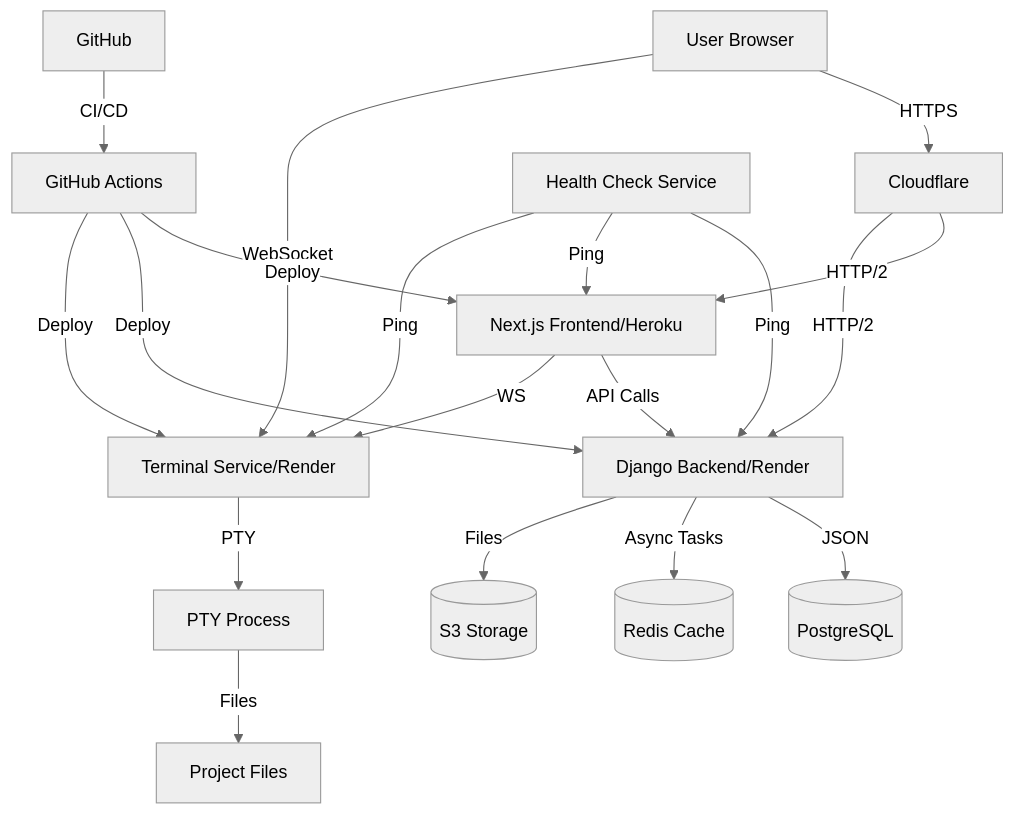
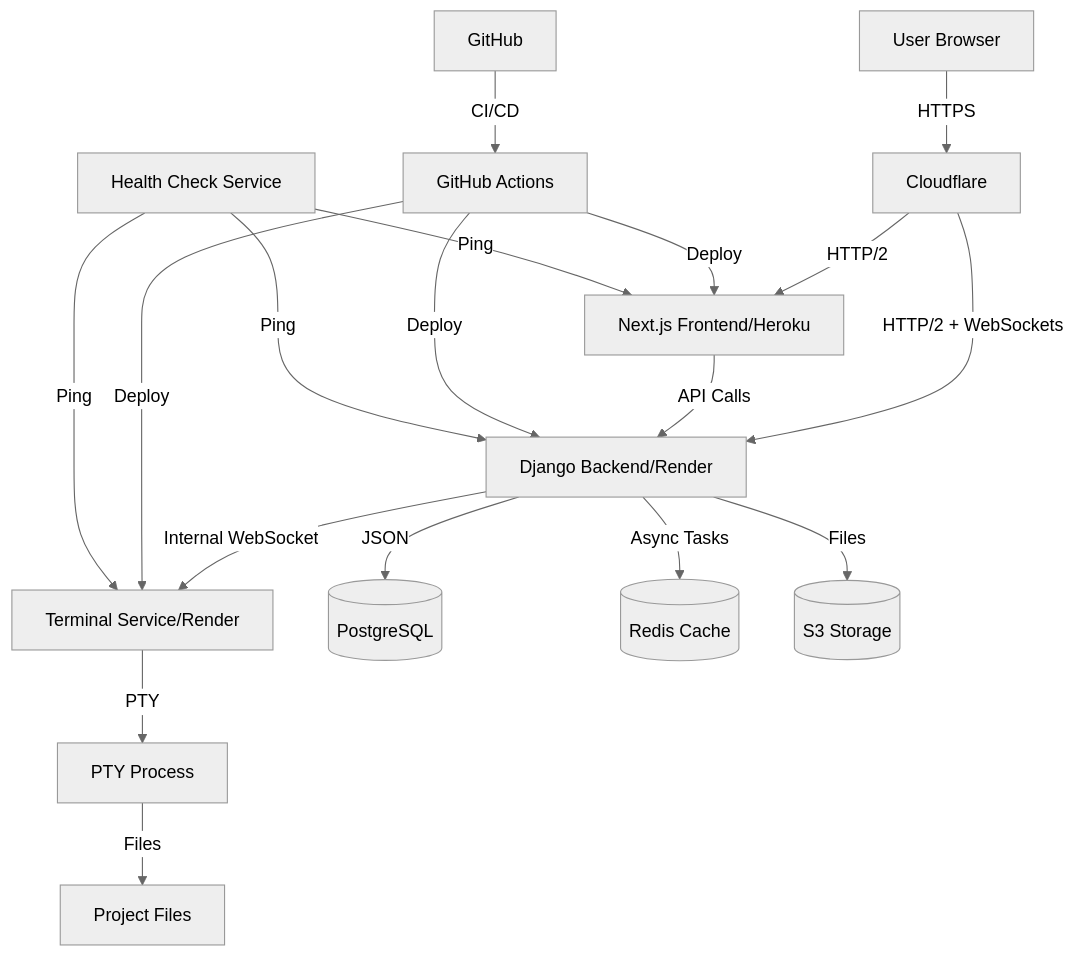
Before and after one commit to aouichou/My-Portfolio: the diagram in README.md, drawn with Mermaid (neutral theme). The commit also changed other lines of this file and 1 other file, not shown here.

Commit message:
Update README.md with proxied terminal connection details and enhance LoadingOverlay for improved service checks

````diff
--- a/README.md
+++ b/README.md
@@ -30,21 +41,20 @@
 ```mermaid
 graph TD
     User[User Browser] -->|HTTPS| CF[Cloudflare]
     CF -->|HTTP/2| Next[Next.js Frontend/Heroku]
-    CF -->|HTTP/2| Django[Django Backend/Render]
-    User -->|WebSocket| WS[Terminal Service/Render]
+    CF -->|HTTP/2 + WebSockets| Django[Django Backend/Render]
+    Django -->|Internal WebSocket| WS[Terminal Service/Render]
     Django -->|JSON| DB[(PostgreSQL)]
     Django -->|Async Tasks| Redis[(Redis Cache)]
     Django -->|Files| S3[(S3 Storage)]
     Next -->|API Calls| Django
-    Next -->|WS| WS
     WS -->|PTY| Terminal[PTY Process]
     Terminal -->|Files| Project[Project Files]
     Github[GitHub] -->|CI/CD| Actions[GitHub Actions]
     Actions -->|Deploy| Next
     Actions -->|Deploy| Django
     Actions -->|Deploy| WS
     HealthCheck[Health Check Service] -->|Ping| Django
     HealthCheck -->|Ping| Next
     HealthCheck -->|Ping| WS
 ```
````
